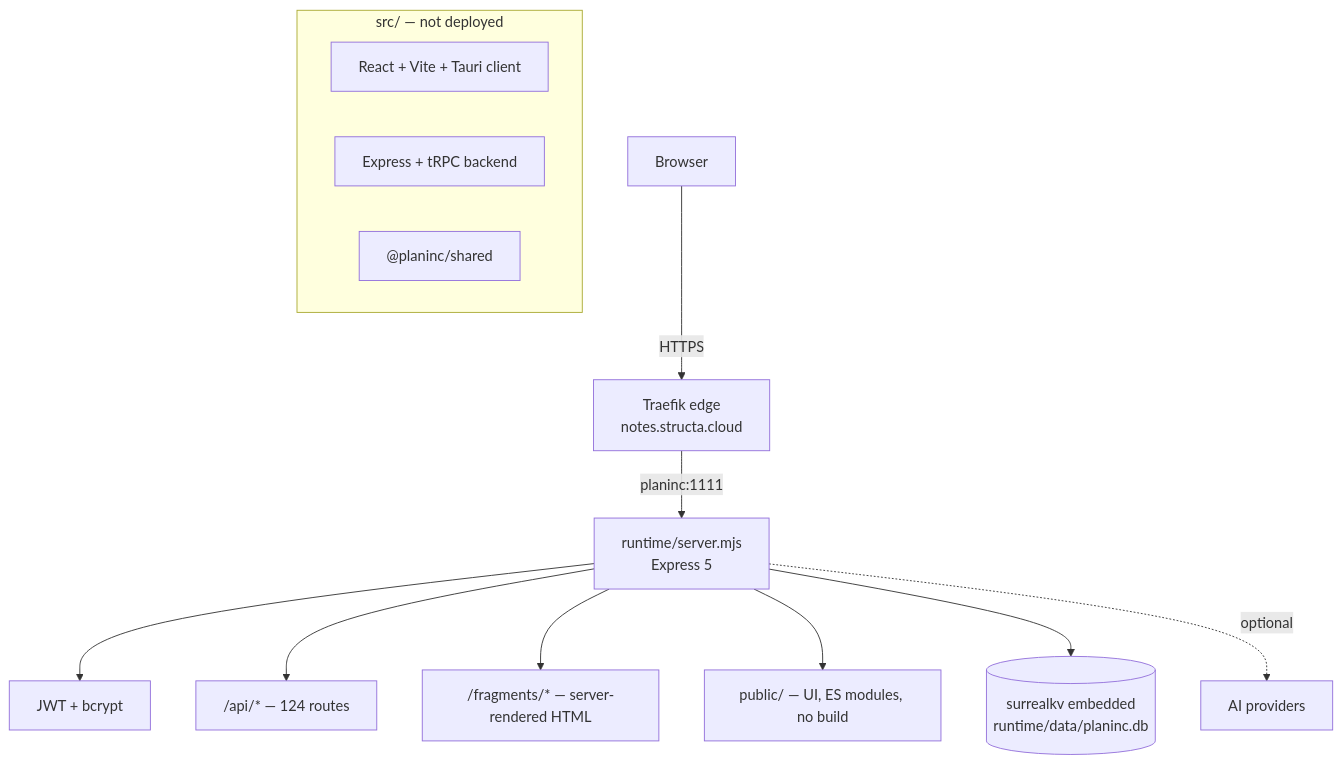
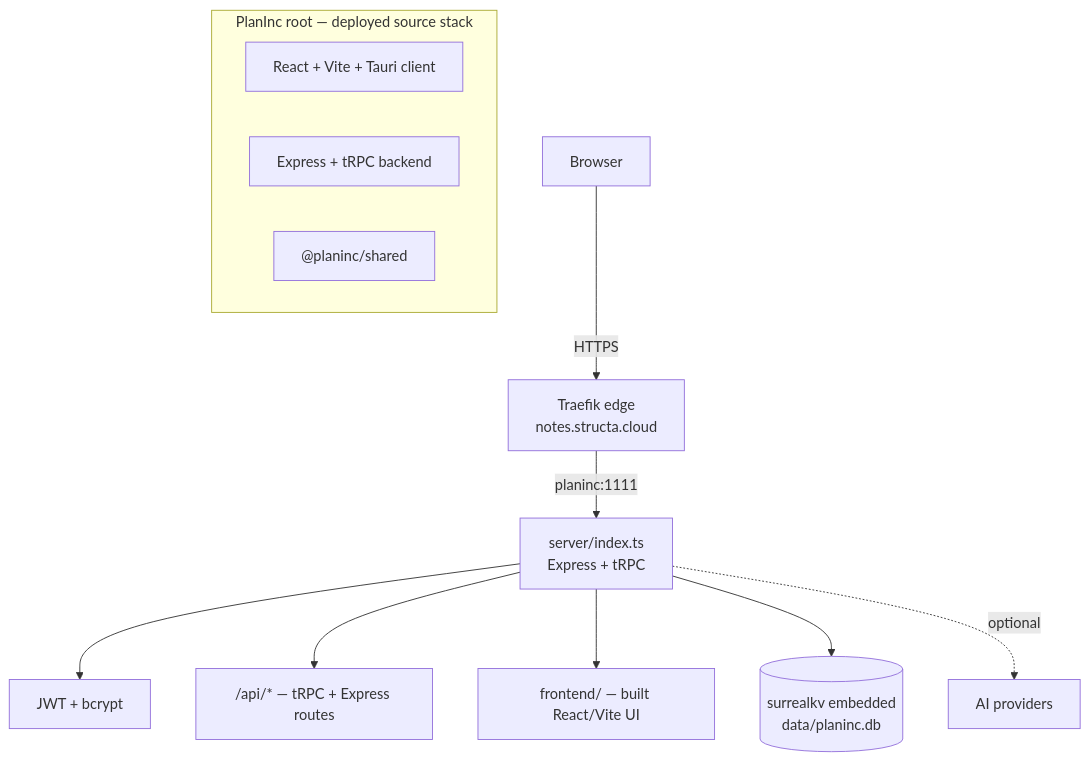
The diagram in docs/02-architecture.md (mammhoud/PlanInc), drawn with Mermaid before and after one commit. The commit also changed other lines of this file and 1350 other files, not shown here.

Commit message:
chore: save latest PlanInc changes

````diff
--- a/docs/02-architecture.md
+++ b/docs/02-architecture.md
@@ -13,17 +10,16 @@
 ```mermaid
 graph TD
     Browser[Browser] -->|HTTPS| Edge[Traefik edge<br/>notes.structa.cloud]
-    Edge -->|planinc:1111| Server[runtime/server.mjs<br/>Express 5]
+    Edge -->|planinc:1111| Server[server/index.ts<br/>Express + tRPC]
     Server --> Auth[JWT + bcrypt]
-    Server --> API["/api/* — 124 routes"]
-    Server --> Frag["/fragments/* — server-rendered HTML"]
-    Server --> Static["public/ — UI, ES modules, no build"]
-    Server --> DB[(surrealkv embedded<br/>runtime/data/planinc.db)]
+    Server --> API["/api/* — tRPC + Express routes"]
+    Server --> Static["frontend/ — built React/Vite UI"]
+    Server --> DB[(surrealkv embedded<br/>data/planinc.db)]
     Server -.->|optional| Providers[AI providers]
 
-    subgraph Upstream["src/ — not deployed"]
+    subgraph Source["PlanInc root — deployed source stack"]
         App[React + Vite + Tauri client]
         Srv[Express + tRPC backend]
         Shared["@planinc/shared"]
     end
 ```
````
